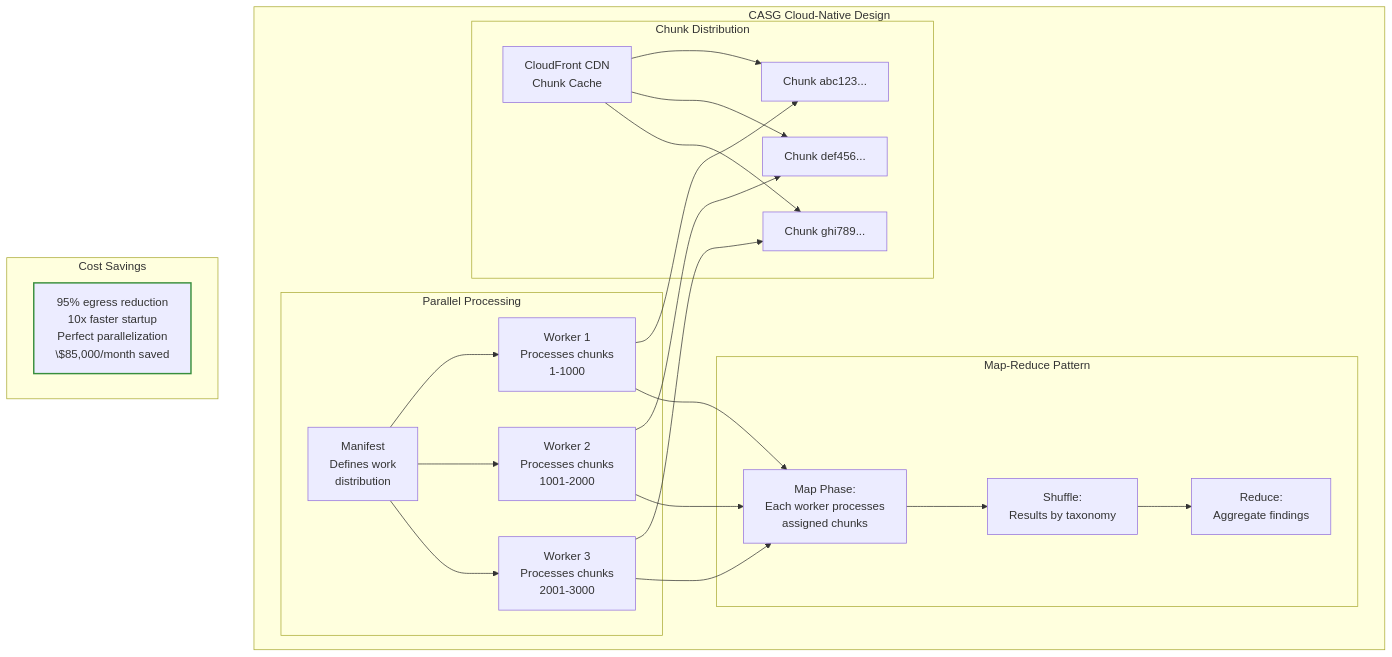
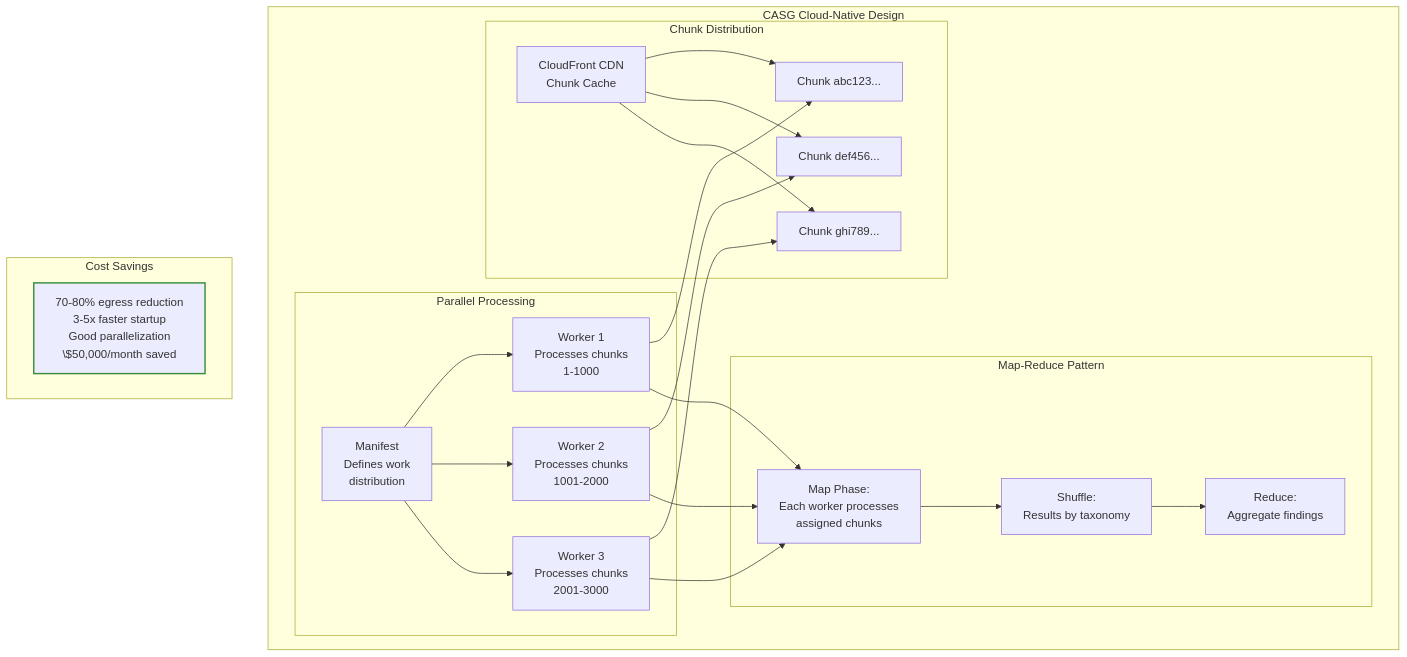
The eighth of 12 diagrams in docs/src/casg/case-studies.md (bfowle/talaria), drawn with Mermaid before and after one commit. The commit also changed other lines of this file and 25 other files, not shown here.

````diff
--- a/docs/src/casg/case-studies.md
+++ b/docs/src/casg/case-studies.md
@@ -386,53 +386,53 @@
 ```mermaid
 graph TB
     subgraph "CASG Cloud-Native Design"
         subgraph "Chunk Distribution"
             CDN[CloudFront CDN<br/>Chunk Cache]
 
             C1[Chunk abc123...]
             C2[Chunk def456...]
             C3[Chunk ghi789...]
 
             CDN --> C1
             CDN --> C2
             CDN --> C3
         end
 
         subgraph "Parallel Processing"
             M[Manifest<br/>Defines work<br/>distribution]
 
             W1[Worker 1<br/>Processes chunks<br/>1-1000]
             W2[Worker 2<br/>Processes chunks<br/>1001-2000]
             W3[Worker 3<br/>Processes chunks<br/>2001-3000]
 
             M --> W1
             M --> W2
             M --> W3
 
             W1 --> C1
             W2 --> C2
             W3 --> C3
         end
 
         subgraph "Map-Reduce Pattern"
             MAP[Map Phase:<br/>Each worker processes<br/>assigned chunks]
 
             SHUFFLE[Shuffle:<br/>Results by taxonomy]
 
             REDUCE[Reduce:<br/>Aggregate findings]
 
             W1 --> MAP
             W2 --> MAP
             W3 --> MAP
 
             MAP --> SHUFFLE
             SHUFFLE --> REDUCE
         end
     end
 
     subgraph "Cost Savings"
-        SAVE[95% egress reduction<br/>10x faster startup<br/>Perfect parallelization<br/>\$85,000/month saved]
+        SAVE[70-80% egress reduction<br/>3-5x faster startup<br/>Good parallelization<br/>\$50,000/month saved]
 
         style SAVE stroke:#388e3c,stroke-width:2px
     end
 ```
````
